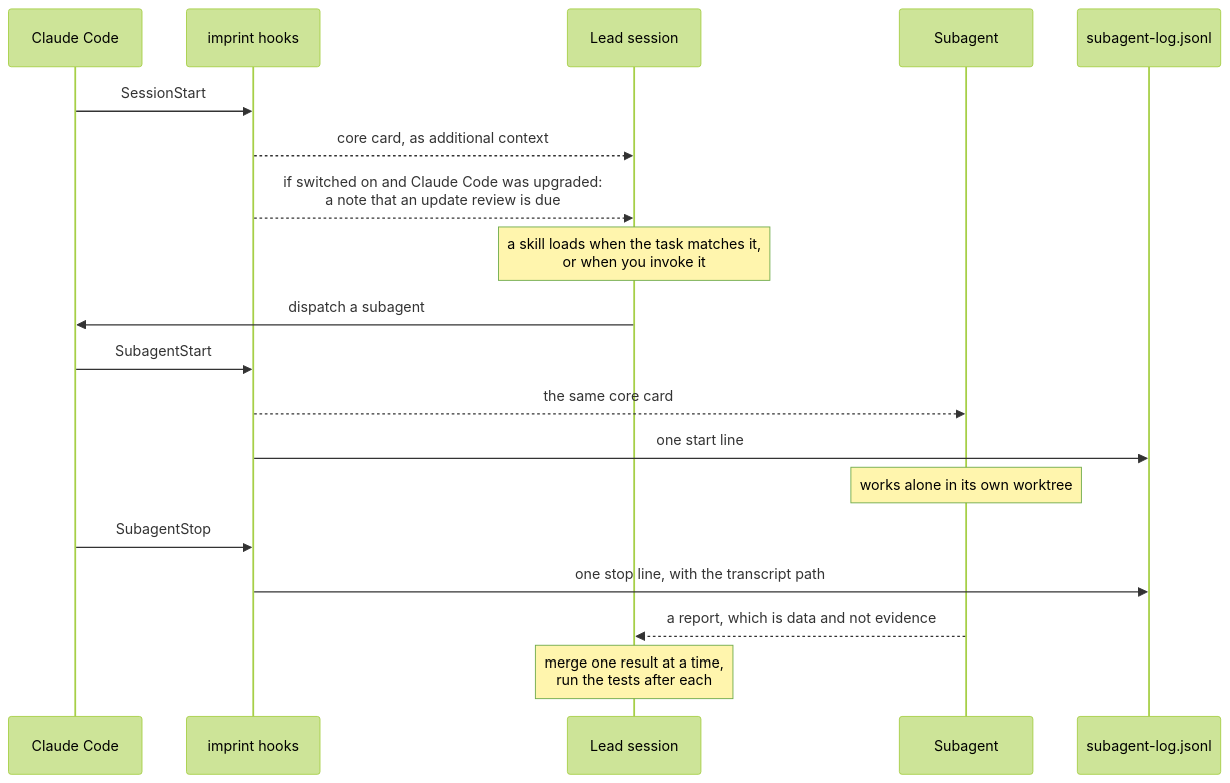
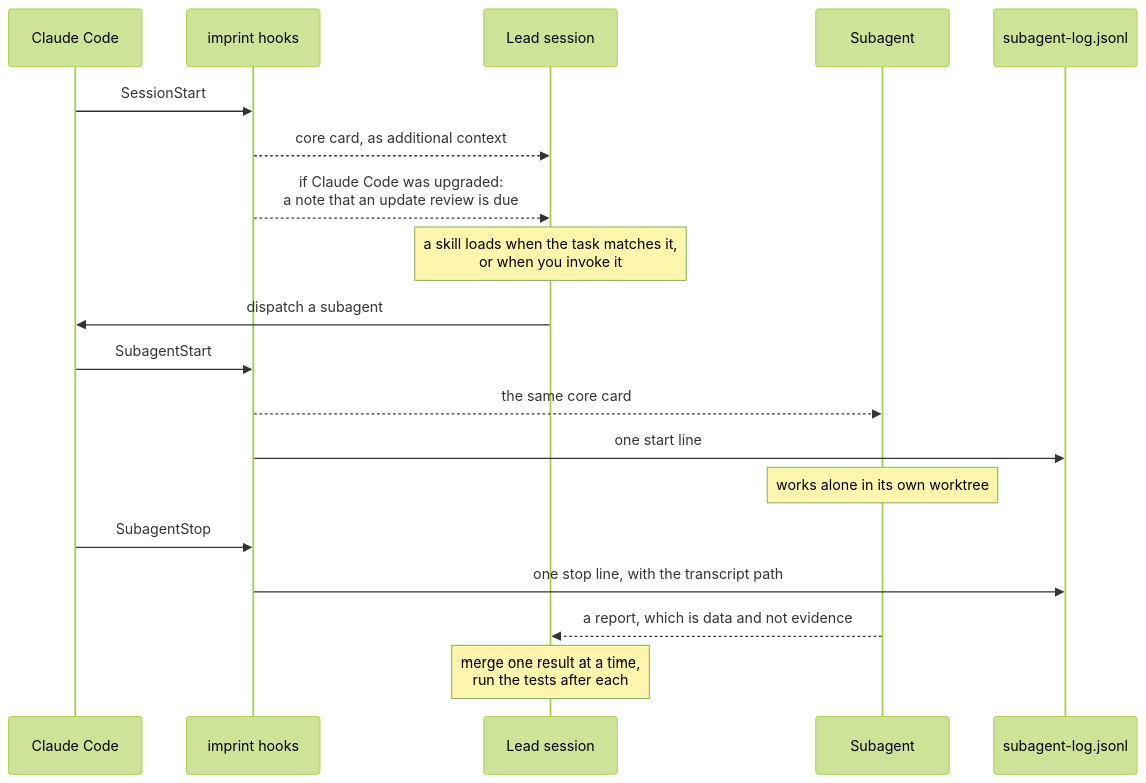
One commit to mankind806/imprint-core changed the diagram in README.md. Above: the diagram before and after it, drawn with Mermaid (forest theme). The commit also changed other lines of this file and 7 other files, not shown here.

````diff
--- a/README.md
+++ b/README.md
@@ -47,21 +47,21 @@
 ```mermaid
 sequenceDiagram
     participant CC as Claude Code
     participant H as imprint hooks
     participant L as Lead session
     participant S as Subagent
     participant Log as subagent-log.jsonl
     CC->>H: SessionStart
     H-->>L: core card, as additional context
-    H-->>L: if switched on and Claude Code was upgraded:<br/>a note that an update review is due
+    H-->>L: if Claude Code was upgraded:<br/>a note that an update review is due
     Note over L: a skill loads when the task matches it,<br/>or when you invoke it
     L->>CC: dispatch a subagent
     CC->>H: SubagentStart
     H-->>S: the same core card
     H->>Log: one start line
     Note over S: works alone in its own worktree
     CC->>H: SubagentStop
     H->>Log: one stop line, with the transcript path
     S-->>L: a report, which is data and not evidence
     Note over L: merge one result at a time,<br/>run the tests after each
 ```
````
